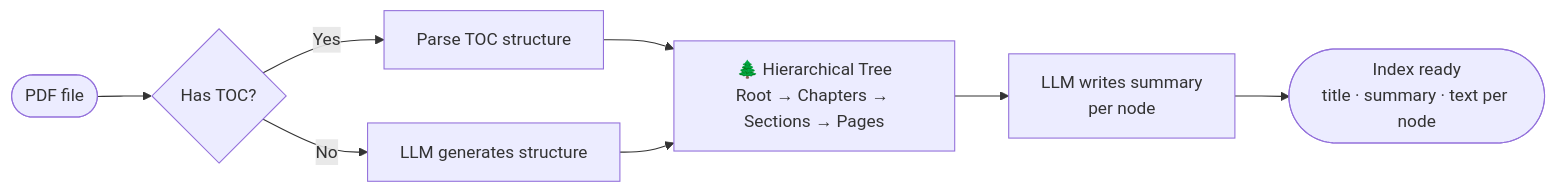
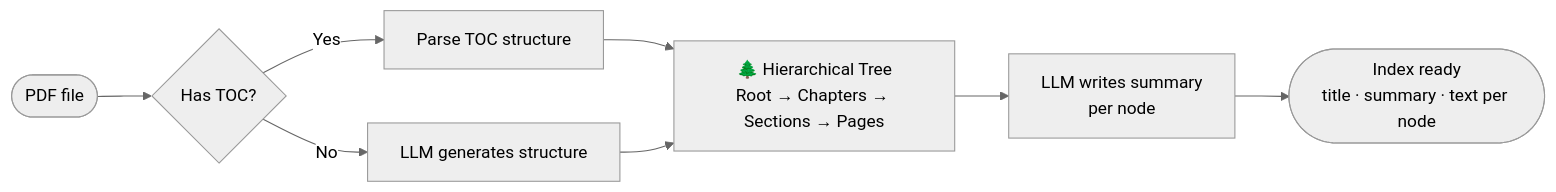
The fifth of 9 diagrams in README.md (msyafach/tp_doc_ai_agent_revised), drawn with Mermaid before and after one commit. The commit also changed other lines of this file, not shown here.

Commit message:
docs: apply neutral (black & white) theme to all Mermaid diagrams

````diff
--- a/README.md
+++ b/README.md
@@ -489,12 +493,13 @@
 ```mermaid
+%%{init: {"theme": "neutral"}}%%
 flowchart LR
     PDF([PDF file]) --> TOC{Has TOC?}
     TOC -->|Yes| PARSE[Parse TOC structure]
     TOC -->|No| GEN[LLM generates structure]
     PARSE --> TREE
     GEN --> TREE
 
     TREE["🌲 Hierarchical Tree\nRoot → Chapters → Sections → Pages"]
     TREE --> SUM[LLM writes summary\nper node]
     SUM --> IDX([Index ready\ntitle · summary · text per node])
 ```
````
